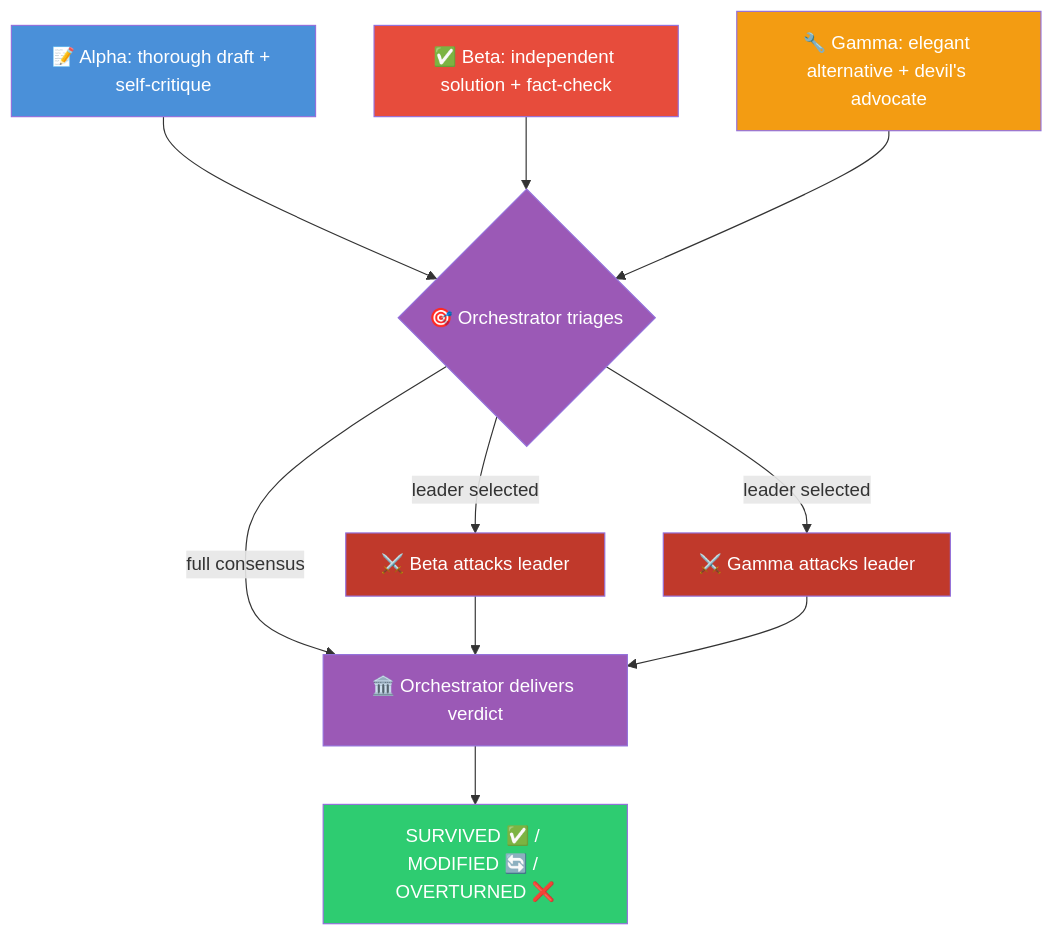
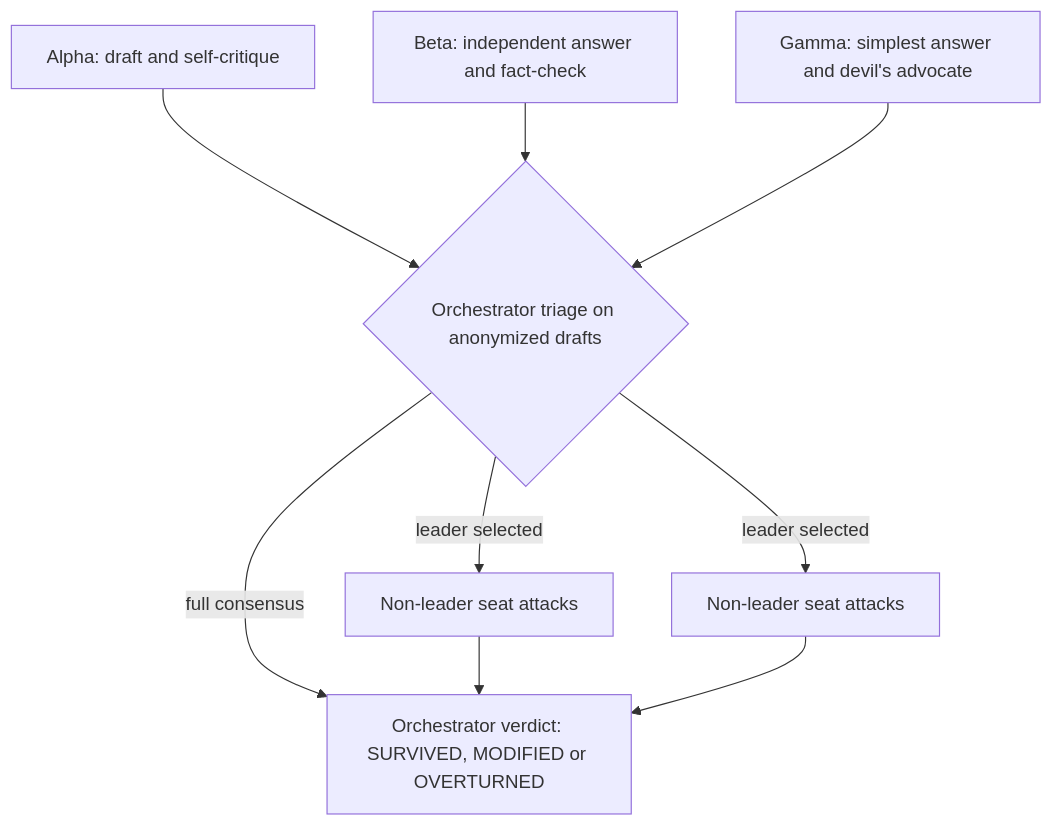
Before and after one commit to Sentry01/AgentCouncil: the second of 2 diagrams in README.md, drawn with Mermaid. The commit also changed other lines of this file and 17 other files, not shown here.

````diff
--- a/README.md
+++ b/README.md
@@ -70,19 +113,8 @@
 ```mermaid
 flowchart TD
-    A1["📝 Alpha: thorough draft + self-critique"] & B1["✅ Beta: independent solution + fact-check"] & C1["🔧 Gamma: elegant alternative + devil's advocate"]
-    A1 & B1 & C1 --> T{"🎯 Orchestrator triages"}
+    A1["Alpha: draft and self-critique"] & B1["Beta: independent answer and fact-check"] & C1["Gamma: simplest answer and devil's advocate"]
+    A1 & B1 & C1 --> T{"Orchestrator triage on anonymized drafts"}
     T -- "full consensus" --> V
-    T -- "leader selected" --> ATK_B["⚔️ Beta attacks leader"]
-    T -- "leader selected" --> ATK_C["⚔️ Gamma attacks leader"]
-    ATK_B & ATK_C --> V["🏛️ Orchestrator delivers verdict"]
-    V --> E["SURVIVED ✅ / MODIFIED 🔄 / OVERTURNED ❌"]
-
-    style A1 fill:#4a90d9,color:#fff
-    style B1 fill:#e74c3c,color:#fff
-    style C1 fill:#f39c12,color:#fff
-    style T fill:#9b59b6,color:#fff
-    style ATK_B fill:#c0392b,color:#fff
-    style ATK_C fill:#c0392b,color:#fff
-    style V fill:#9b59b6,color:#fff
-    style E fill:#2ecc71,color:#fff
+    T -- "leader selected" --> K1["Non-leader seat attacks"] & K2["Non-leader seat attacks"]
+    K1 & K2 --> V["Orchestrator verdict: SURVIVED, MODIFIED or OVERTURNED"]
 ```
````
